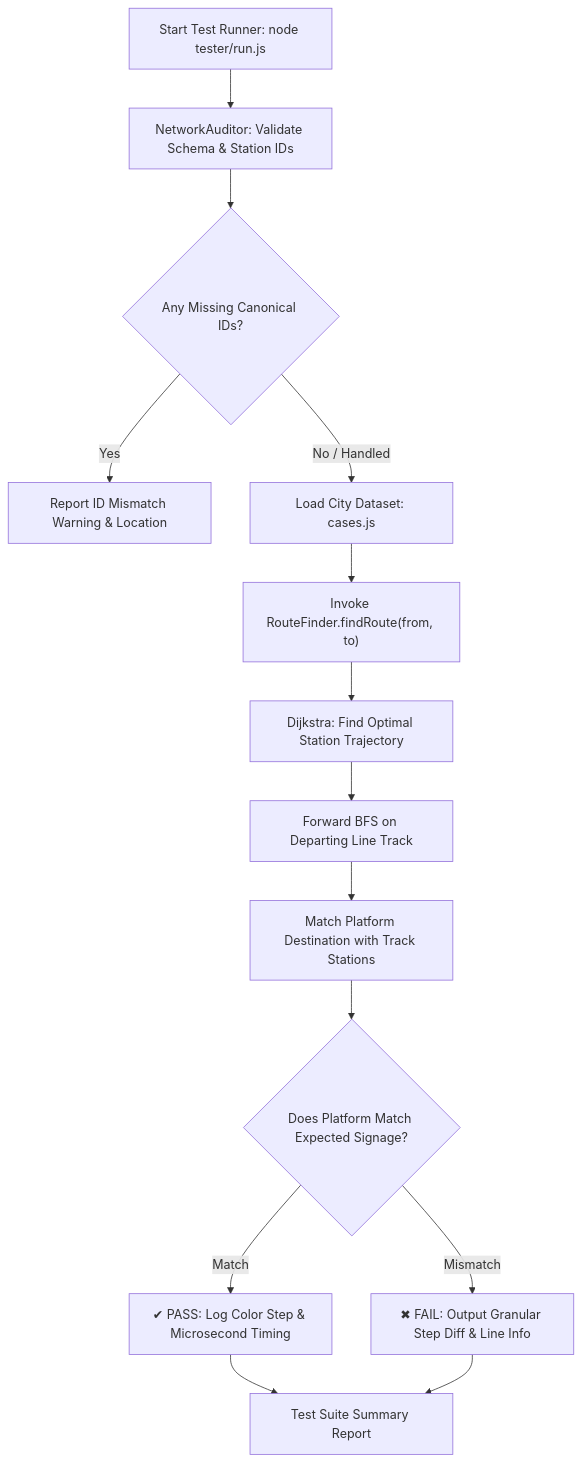
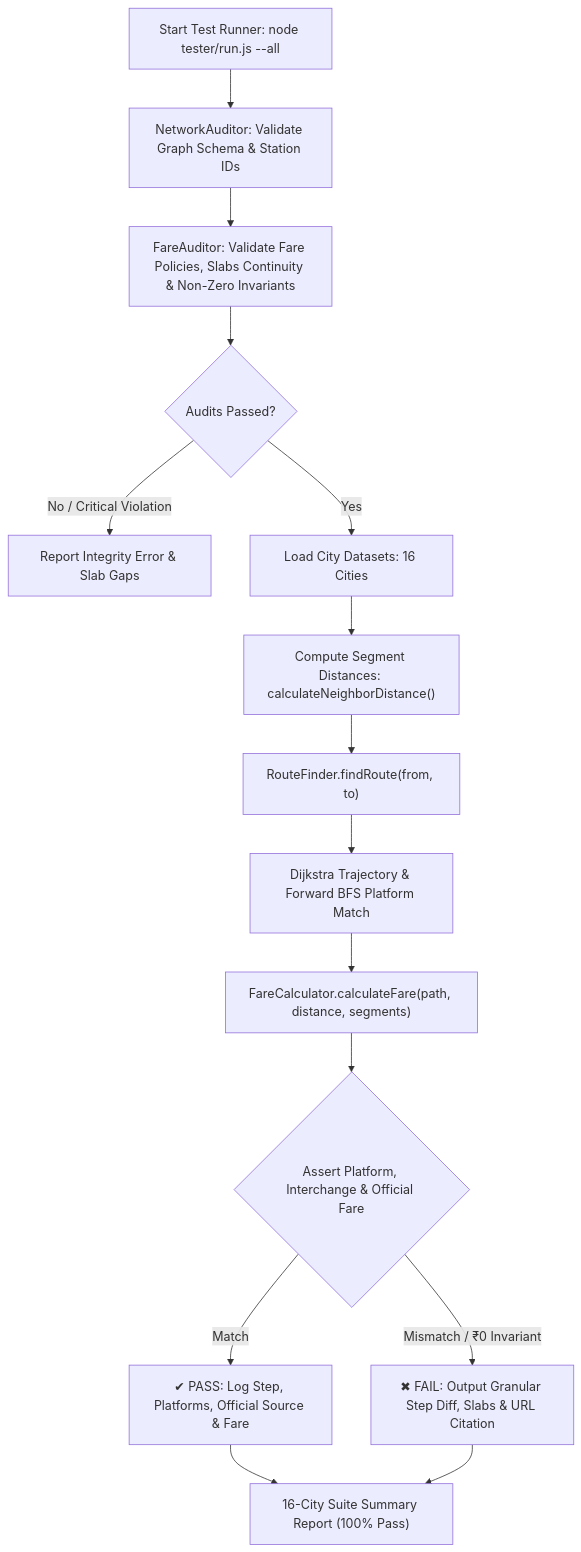
The diagram in doc/04_testing_engine/README.md (raaz2507/metro_Map_n_Route-Finder), drawn with Mermaid before and after one commit. The commit also changed other lines of this file and 117 other files, not shown here.

Commit message:
tester exped for all cites

````diff
--- a/doc/04_testing_engine/README.md
+++ b/doc/04_testing_engine/README.md
@@ -44,20 +55,20 @@
 ```mermaid
 flowchart TD
-    A["Start Test Runner: node tester/run.js"] --> B["NetworkAuditor: Validate Schema & Station IDs"]
-    B --> C{"Any Missing Canonical IDs?"}
-    C -- "Yes" --> D["Report ID Mismatch Warning & Location"]
-    C -- "No / Handled" --> E["Load City Dataset: cases.js"]
+    A["Start Test Runner: node tester/run.js --all"] --> B["NetworkAuditor: Validate Graph Schema & Station IDs"]
+    B --> C["FareAuditor: Validate Fare Policies, Slabs Continuity & Non-Zero Invariants"]
+    C --> D{"Audits Passed?"}
+    D -- "No / Critical Violation" --> E["Report Integrity Error & Slab Gaps"]
+    D -- "Yes" --> F["Load City Datasets: 16 Cities"]
     
-    E --> F["Invoke RouteFinder.findRoute(from, to)"]
-    F --> G["Dijkstra: Find Optimal Station Trajectory"]
-    G --> H["Forward BFS on Departing Line Track"]
+    F --> G["Compute Segment Distances: calculateNeighborDistance()"]
+    G --> H["RouteFinder.findRoute(from, to)"]
+    H --> I["Dijkstra Trajectory & Forward BFS Platform Match"]
+    I --> J["FareCalculator.calculateFare(path, distance, segments)"]
     
-    H --> I["Match Platform Destination with Track Stations"]
-    I --> J{"Does Platform Match Expected Signage?"}
+    J --> K{"Assert Platform, Interchange & Official Fare"}
+    K -- "Match" --> L["✔ PASS: Log Step, Platforms, Official Source & Fare"]
+    K -- "Mismatch / ₹0 Invariant" --> M["✖ FAIL: Output Granular Step Diff, Slabs & URL Citation"]
     
-    J -- "Match" --> K["✔ PASS: Log Color Step & Microsecond Timing"]
-    J -- "Mismatch" --> L["✖ FAIL: Output Granular Step Diff & Line Info"]
-    
-    K --> M["Test Suite Summary Report"]
-    L --> M
+    L --> N["16-City Suite Summary Report (100% Pass)"]
+    M --> N
 ```
````
